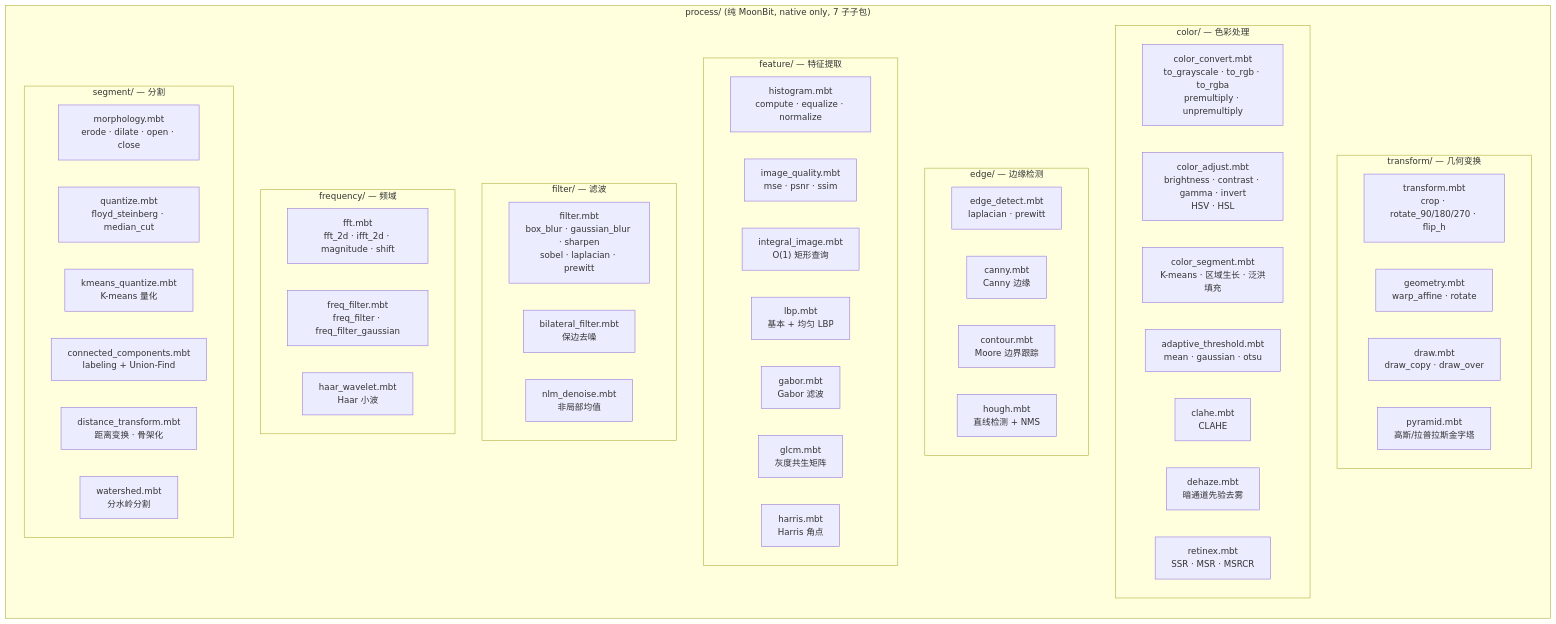
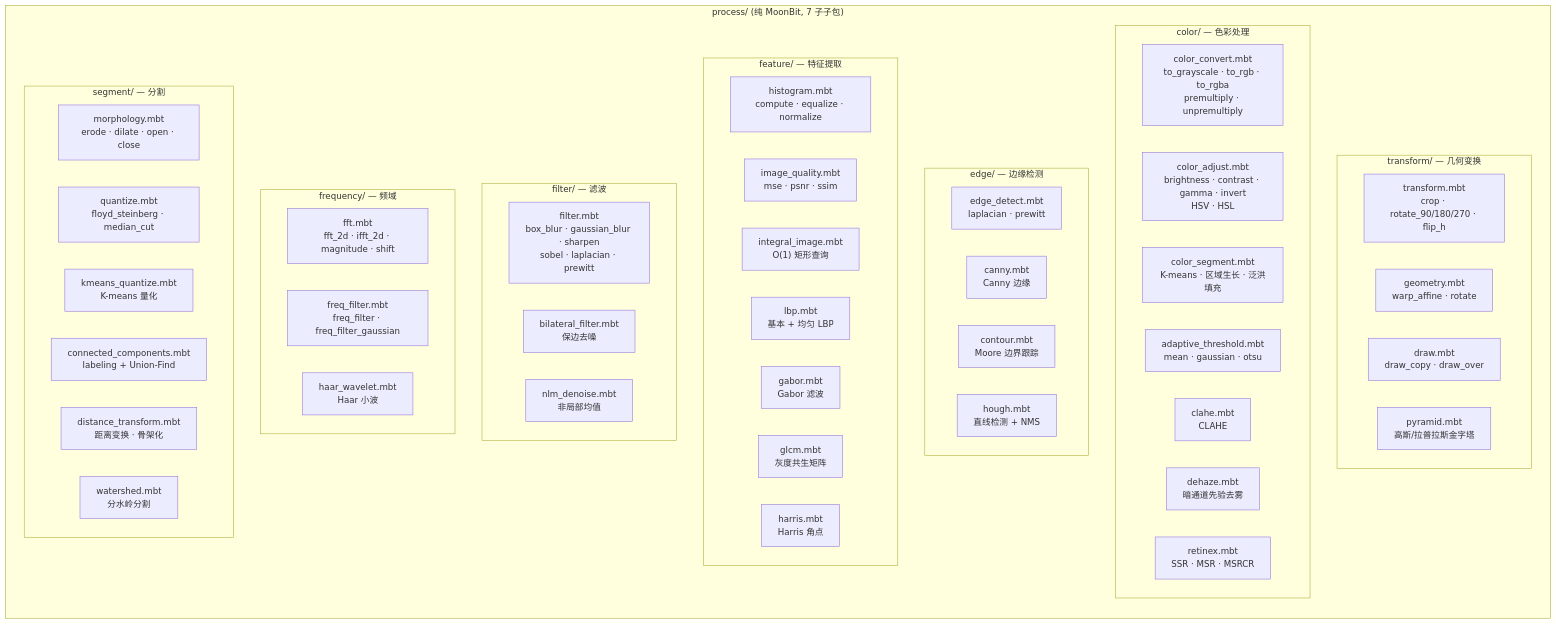
The sixth of 14 diagrams in docs/architecture.md (toadium/stb-image), drawn with Mermaid before and after one commit. The commit also changed other lines of this file and 4 other files, not shown here.

Commit message:
文档: 清理 FFI/native-only 历史残留，更新为纯 MoonBit 全目标描述

````diff
--- a/docs/architecture.md
+++ b/docs/architecture.md
@@ -249,54 +225,54 @@
 ```mermaid
 flowchart TB
-    subgraph ProcPkg["process/ (纯 MoonBit, native only, 7 子子包)"]
+    subgraph ProcPkg["process/ (纯 MoonBit, 7 子子包)"]
         direction TB
         subgraph TransformSub["transform/ — 几何变换"]
             T1["transform.mbt<br/>crop · rotate_90/180/270 · flip_h"]
             T2["geometry.mbt<br/>warp_affine · rotate"]
             T3["draw.mbt<br/>draw_copy · draw_over"]
             T4["pyramid.mbt<br/>高斯/拉普拉斯金字塔"]
         end
         subgraph ColorSub["color/ — 色彩处理"]
             C1["color_convert.mbt<br/>to_grayscale · to_rgb · to_rgba<br/>premultiply · unpremultiply"]
             C2["color_adjust.mbt<br/>brightness · contrast · gamma · invert<br/>HSV · HSL"]
             C3["color_segment.mbt<br/>K-means · 区域生长 · 泛洪填充"]
             C4["adaptive_threshold.mbt<br/>mean · gaussian · otsu"]
             C5["clahe.mbt<br/>CLAHE"]
             C6["dehaze.mbt<br/>暗通道先验去雾"]
             C7["retinex.mbt<br/>SSR · MSR · MSRCR"]
         end
         subgraph EdgeSub["edge/ — 边缘检测"]
             E1["edge_detect.mbt<br/>laplacian · prewitt"]
             E2["canny.mbt<br/>Canny 边缘"]
             E3["contour.mbt<br/>Moore 边界跟踪"]
             E4["hough.mbt<br/>直线检测 + NMS"]
         end
         subgraph FeatureSub["feature/ — 特征提取"]
             F1["histogram.mbt<br/>compute · equalize · normalize"]
             F2["image_quality.mbt<br/>mse · psnr · ssim"]
             F3["integral_image.mbt<br/>O(1) 矩形查询"]
             F4["lbp.mbt<br/>基本 + 均匀 LBP"]
             F5["gabor.mbt<br/>Gabor 滤波"]
             F6["glcm.mbt<br/>灰度共生矩阵"]
             F7["harris.mbt<br/>Harris 角点"]
         end
         subgraph FilterSub["filter/ — 滤波"]
             Fi1["filter.mbt<br/>box_blur · gaussian_blur · sharpen<br/>sobel · laplacian · prewitt"]
             Fi2["bilateral_filter.mbt<br/>保边去噪"]
             Fi3["nlm_denoise.mbt<br/>非局部均值"]
         end
         subgraph FrequencySub["frequency/ — 频域"]
             Fr1["fft.mbt<br/>fft_2d · ifft_2d · magnitude · shift"]
             Fr2["freq_filter.mbt<br/>freq_filter · freq_filter_gaussian"]
             Fr3["haar_wavelet.mbt<br/>Haar 小波"]
         end
         subgraph SegmentSub["segment/ — 分割"]
             S1["morphology.mbt<br/>erode · dilate · open · close"]
             S2["quantize.mbt<br/>floyd_steinberg · median_cut"]
             S3["kmeans_quantize.mbt<br/>K-means 量化"]
             S4["connected_components.mbt<br/>labeling + Union-Find"]
             S5["distance_transform.mbt<br/>距离变换 · 骨架化"]
             S6["watershed.mbt<br/>分水岭分割"]
         end
     end
 ```
````
